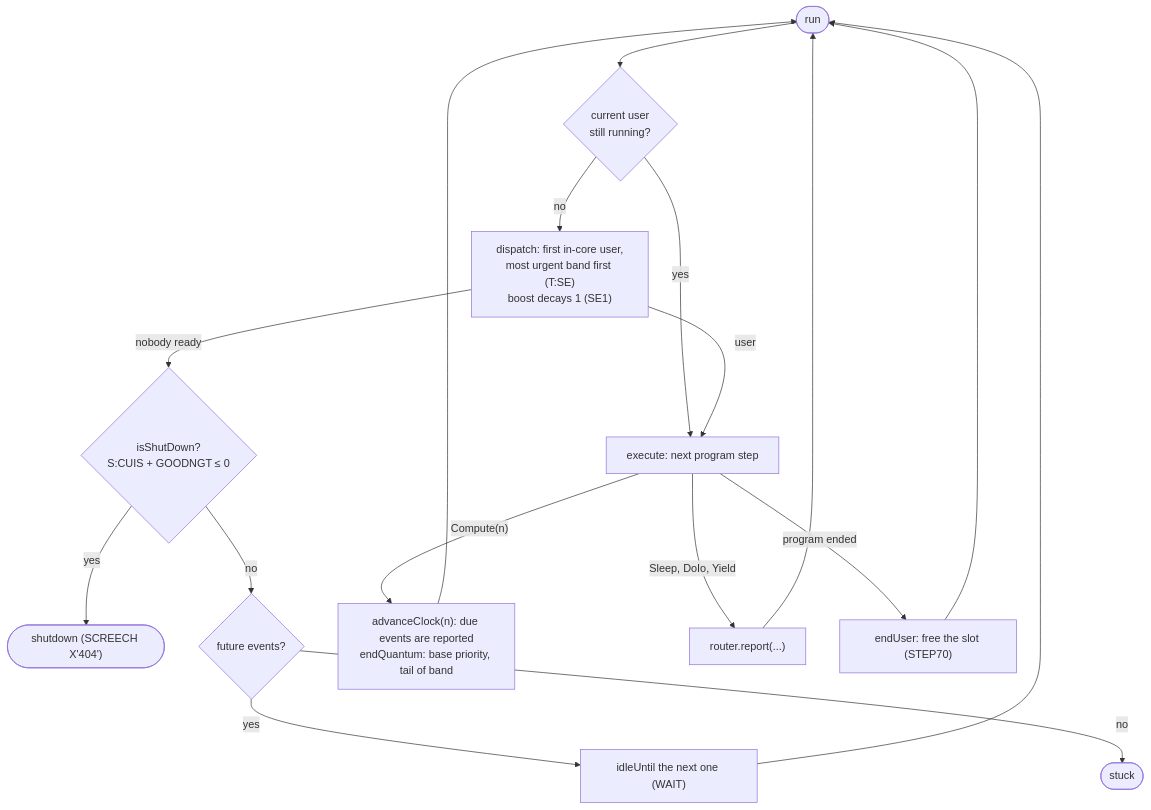
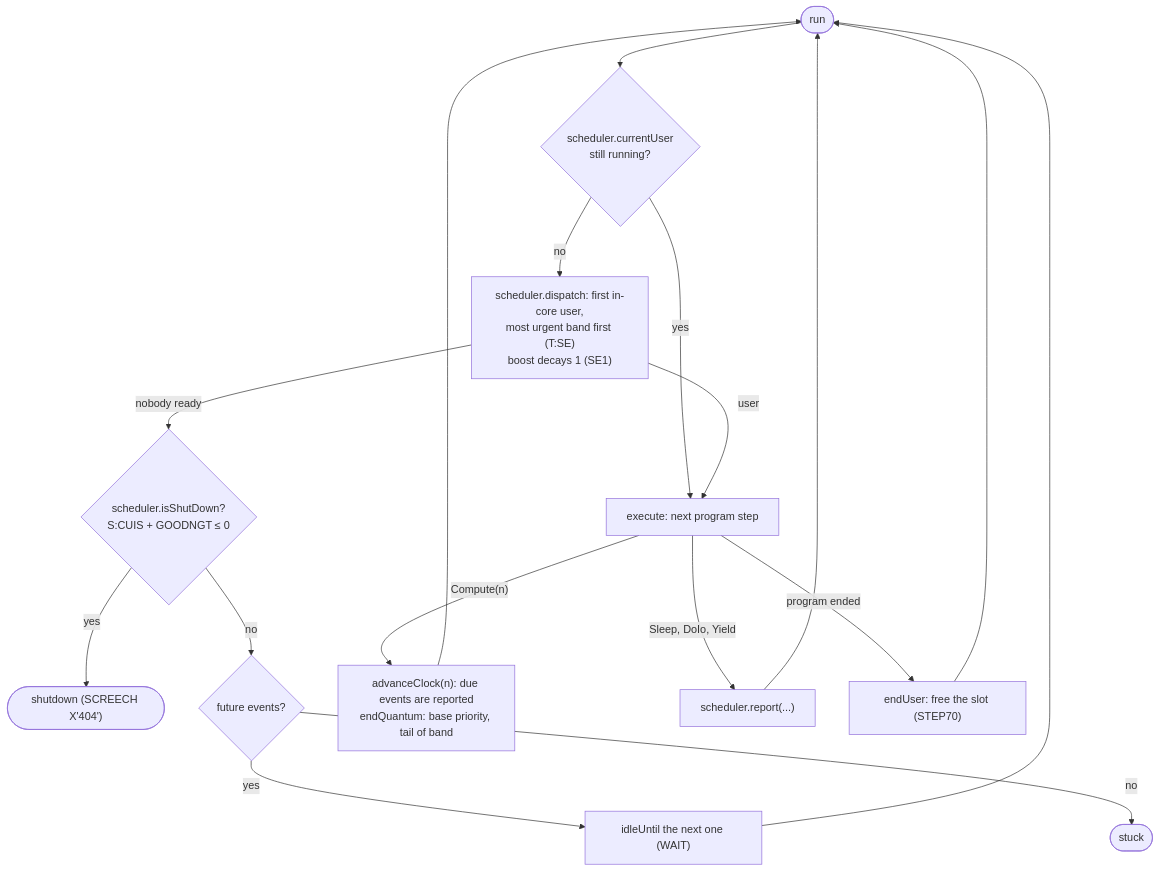
One commit to msiddalingaiah/Sigma changed the third of 3 diagrams in pyCP-V/C00stap/docs/model.md. Above: the diagram before and after it, drawn with Mermaid. The commit also changed other lines of this file and 14 other files, not shown here.

````diff
--- a/pyCP-V/C00stap/docs/model.md
+++ b/pyCP-V/C00stap/docs/model.md
@@ -173,19 +196,19 @@
 ```mermaid
 flowchart TD
-    run([run]) --> current{"current user<br/>still running?"}
+    run([run]) --> current{"scheduler.currentUser<br/>still running?"}
     current -->|yes| execute
-    current -->|no| dispatch["dispatch: first in-core user,<br/>most urgent band first (T:SE)<br/>boost decays 1 (SE1)"]
+    current -->|no| dispatch["scheduler.dispatch: first in-core user,<br/>most urgent band first (T:SE)<br/>boost decays 1 (SE1)"]
     dispatch -->|user| execute["execute: next program step"]
-    dispatch -->|nobody ready| check{"isShutDown?<br/>S:CUIS + GOODNGT ≤ 0"}
+    dispatch -->|nobody ready| check{"scheduler.isShutDown?<br/>S:CUIS + GOODNGT ≤ 0"}
     check -->|yes| shutdown(["shutdown (SCREECH X'404')"])
     check -->|no| pending{"future events?"}
     pending -->|yes| idle["idleUntil the next one (WAIT)"]
     pending -->|no| stuck(["stuck"])
     idle --> run
     execute -->|"Compute(n)"| quantum["advanceClock(n): due events are reported<br/>endQuantum: base priority, tail of band"]
-    execute -->|"Sleep, DoIo, Yield"| report["router.report(...)"]
+    execute -->|"Sleep, DoIo, Yield"| report["scheduler.report(...)"]
     execute -->|program ended| endUser["endUser: free the slot (STEP70)"]
     quantum --> run
     report --> run
     endUser --> run
 ```
````
